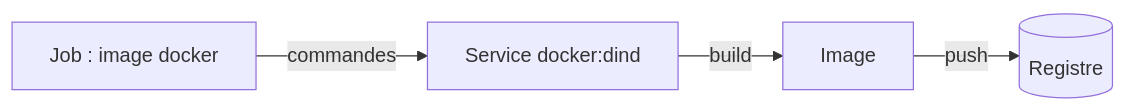
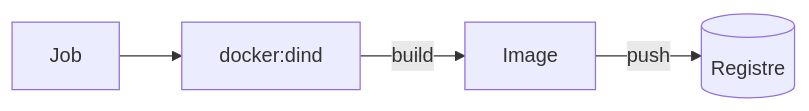
One commit to galsen-76/Informatique- changed the diagram in 03 — Concepts/Construire une image dans la CI.md. Above: the diagram before and after it, drawn with Mermaid. The commit also changed 10 other files, not shown here.

First line of the commit message:
Concepts : diagrammes Mermaid raccourcis pour tenir en largeur

````diff
--- a/03 — Concepts/Construire une image dans la CI.md
+++ b/03 — Concepts/Construire une image dans la CI.md
@@ -43,6 +43,6 @@
 ```mermaid
 flowchart LR
-  J[Job : image docker] -- commandes --> D[Service docker:dind]
+  J[Job] --> D[docker:dind]
   D -- build --> I[Image]
   I -- push --> R[(Registre)]
 ```
````
